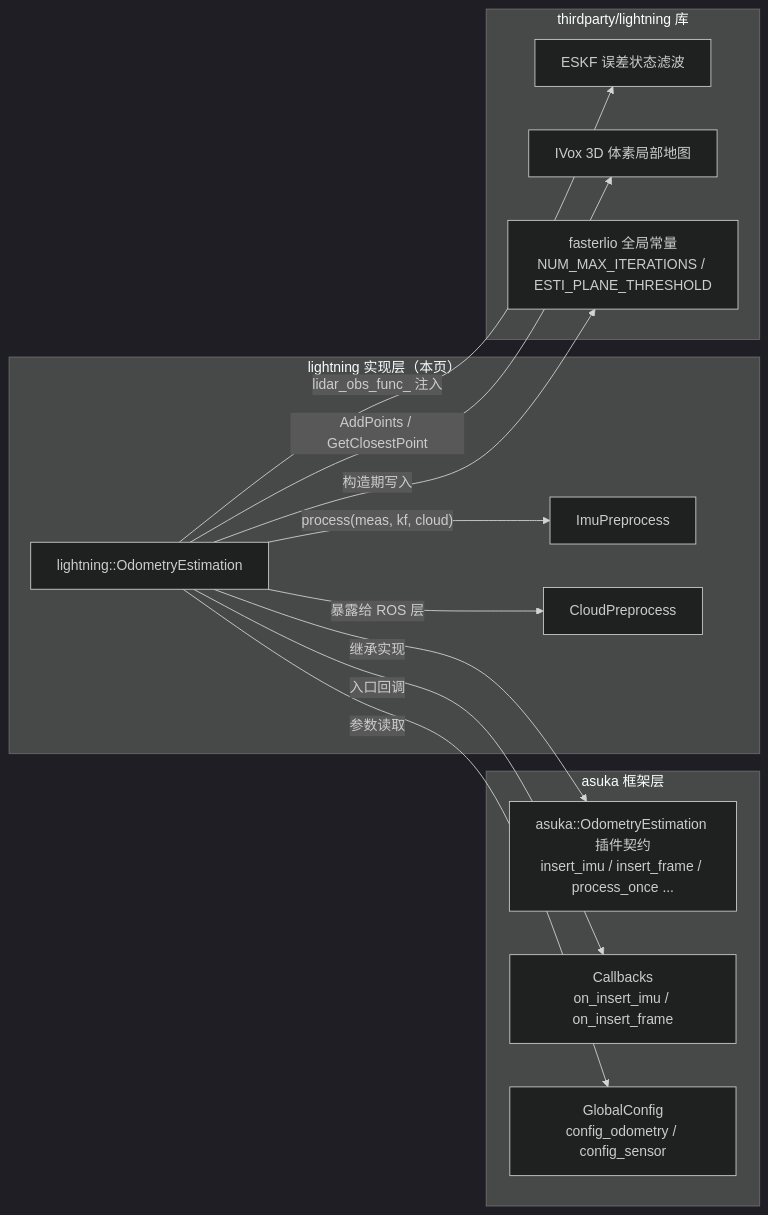
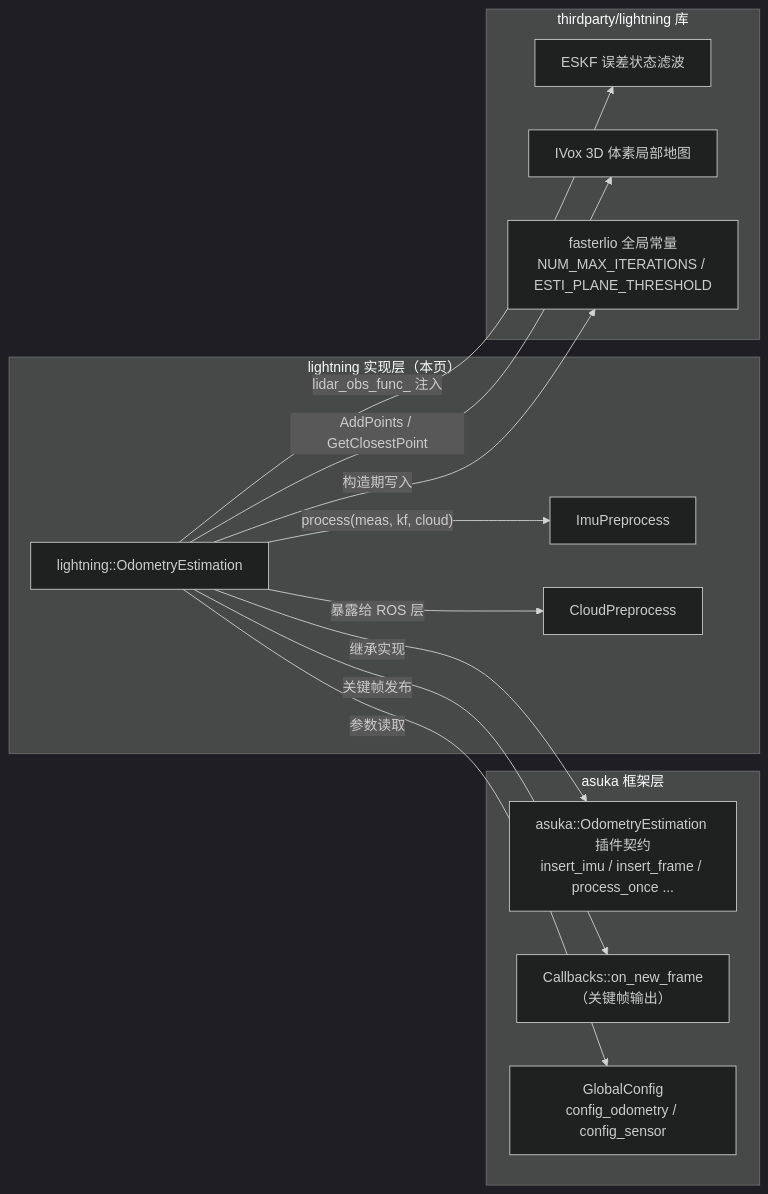
Before and after one commit to AphroraC/asuka: the first of 2 diagrams in docs/wiki/odometry/05.md, drawn with Mermaid (dark theme). The commit also changed other lines of this file and 30 other files, not shown here.

````diff
--- a/docs/wiki/odometry/05.md
+++ b/docs/wiki/odometry/05.md
@@ -22,26 +22,26 @@
 ```mermaid
 flowchart LR
   subgraph F["asuka 框架层"]
     BASE["asuka::OdometryEstimation 插件契约<br/>insert_imu / insert_frame / process_once ..."]
-    CB["Callbacks<br/>on_insert_imu / on_insert_frame"]
+    CB["Callbacks::on_new_frame<br/>（关键帧输出）"]
     CFG["GlobalConfig<br/>config_odometry / config_sensor"]
   end
   subgraph IMPL["lightning 实现层（本页）"]
     O["lightning::OdometryEstimation"]
     IP["ImuPreprocess"]
     CP["CloudPreprocess"]
   end
   subgraph LIB["thirdparty/lightning 库"]
     ESKF["ESKF 误差状态滤波"]
     IVOX["IVox 3D 体素局部地图"]
     OPT["fasterlio 全局常量<br/>NUM_MAX_ITERATIONS / ESTI_PLANE_THRESHOLD"]
   end
   O -- "继承实现" --> BASE
   O -- "参数读取" --> CFG
-  O -- "入口回调" --> CB
+  O -- "关键帧发布" --> CB
   O -- "构造期写入" --> OPT
   O -- "lidar_obs_func_ 注入" --> ESKF
   O -- "AddPoints / GetClosestPoint" --> IVOX
   O -- "process(meas, kf, cloud)" --> IP
   O -- "暴露给 ROS 层" --> CP
 ```
````
